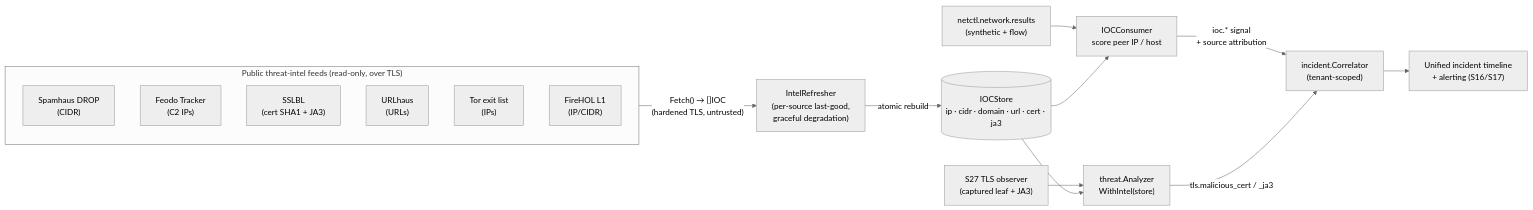
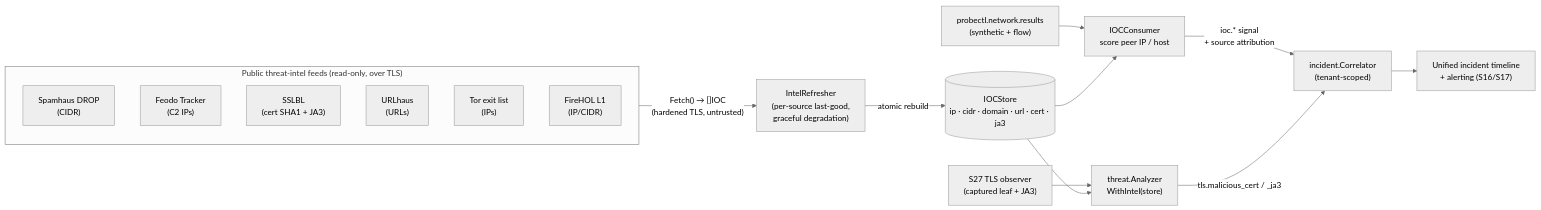
One commit to ctlplne/probectl changed the diagram in docs/threat-intel.md. Above: the diagram before and after it, drawn with Mermaid (neutral theme). The commit also changed other lines of this file and 477 other files, not shown here.

First line of the commit message:
chore(rebrand): rename netctl -> probectl across the entire repo

````diff
--- a/docs/threat-intel.md
+++ b/docs/threat-intel.md
@@ -26,24 +26,24 @@
 ```mermaid
 flowchart LR
   subgraph feeds["Public threat-intel feeds (read-only, over TLS)"]
     SH["Spamhaus DROP\n(CIDR)"]
     FE["Feodo Tracker\n(C2 IPs)"]
     SB["SSLBL\n(cert SHA1 + JA3)"]
     UH["URLhaus\n(URLs)"]
     TOR["Tor exit list\n(IPs)"]
     FH["FireHOL L1\n(IP/CIDR)"]
   end
 
   feeds -->|"Fetch() → []IOC\n(hardened TLS, untrusted)"| REF["IntelRefresher\n(per-source last-good,\ngraceful degradation)"]
   REF -->|"atomic rebuild"| STORE[("IOCStore\nip · cidr · domain · url · cert · ja3")]
 
-  RES["netctl.network.results\n(synthetic + flow)"] --> IPC["IOCConsumer\nscore peer IP / host"]
+  RES["probectl.network.results\n(synthetic + flow)"] --> IPC["IOCConsumer\nscore peer IP / host"]
   TLS["S27 TLS observer\n(captured leaf + JA3)"] --> AN["threat.Analyzer\nWithIntel(store)"]
 
   STORE --> IPC
   STORE --> AN
 
   IPC -->|"ioc.* signal\n+ source attribution"| COR["incident.Correlator\n(tenant-scoped)"]
   AN  -->|"tls.malicious_cert / _ja3"| COR
   COR --> TL["Unified incident timeline\n+ alerting (S16/S17)"]
 ```
````
